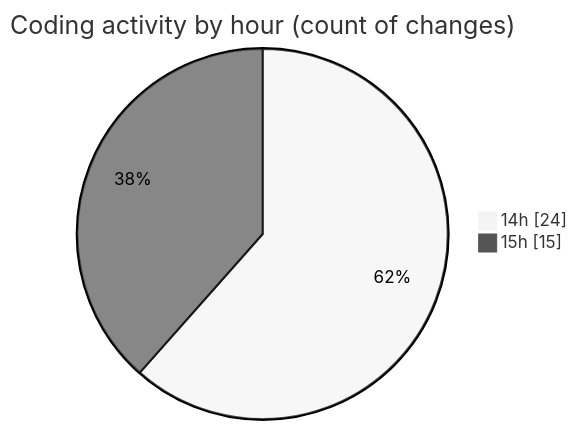
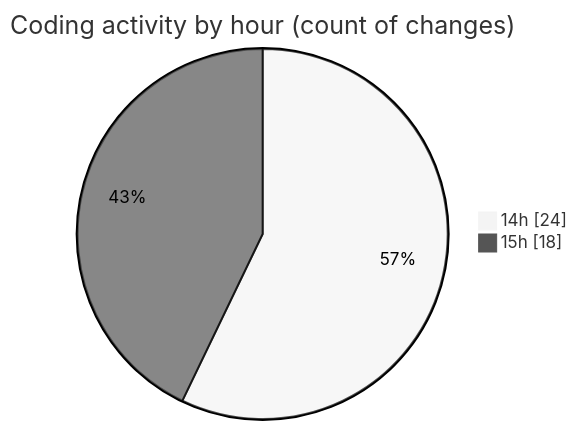
The second of 2 diagrams in 2025-04-22/indesign/README.md (Elitesun/code-tracking), drawn with Mermaid (neutral theme) before and after one commit. The commit also changed other lines of this file and 1 other file, not shown here.

````diff
--- a/2025-04-22/indesign/README.md
+++ b/2025-04-22/indesign/README.md
@@ -39,6 +40,6 @@
 ```mermaid
 pie showData
 title Coding activity by hour (count of changes)
 "14h" : 24
-"15h" : 15
+"15h" : 18
 ```
````
